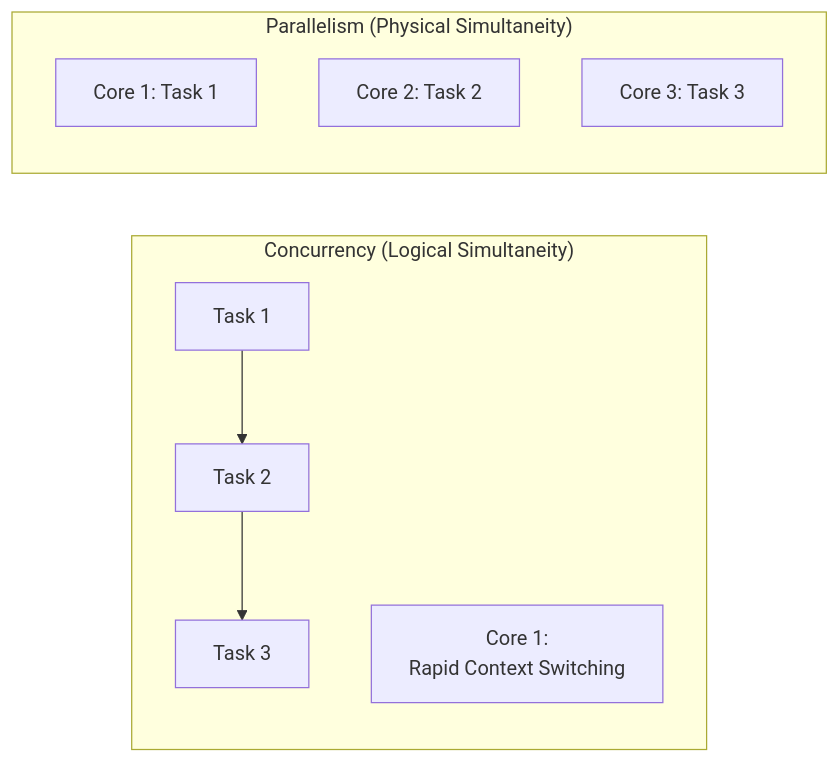
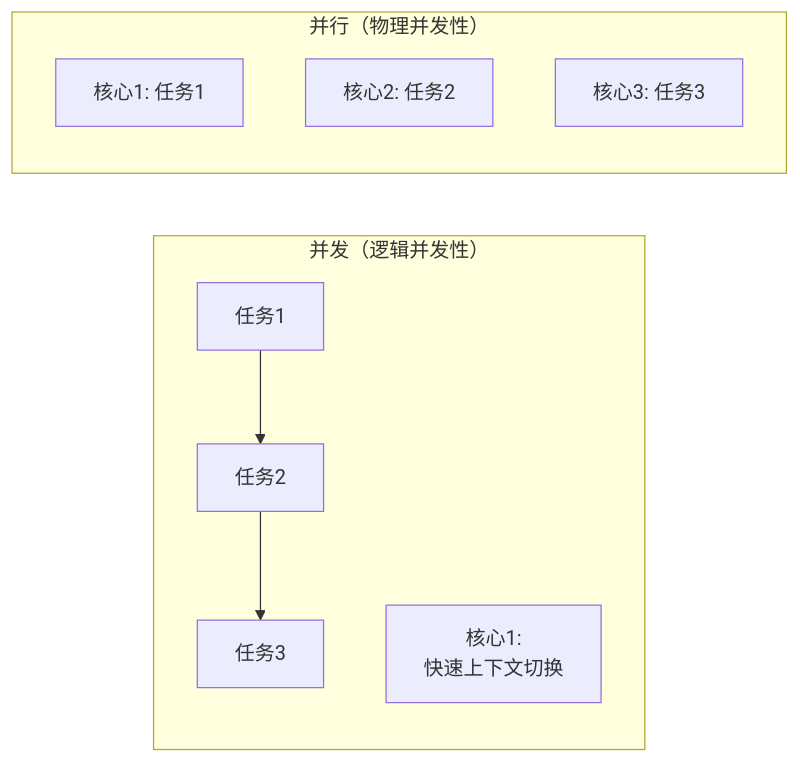
Before and after one commit to YiWang24/AiDIY: the first of 8 diagrams in i18n/zh-Hans/docusaurus-plugin-content-docs/current/engineering/backend/concurrency.md, drawn with Mermaid. The commit also changed other lines of this file and 26 other files, not shown here.

````diff
--- a/i18n/zh-Hans/docusaurus-plugin-content-docs/current/engineering/backend/concurrency.md
+++ b/i18n/zh-Hans/docusaurus-plugin-content-docs/current/engineering/backend/concurrency.md
@@ -25,13 +25,13 @@
 ```mermaid
 flowchart LR
-    subgraph Concurrency["Concurrency (Logical Simultaneity)"]
-        A[Task 1] --> B[Task 2] --> C[Task 3]
-        D["Core 1: <br/>Rapid Context Switching"]
+    subgraph Concurrency["并发（逻辑并发性）"]
+        A[任务1] --> B[任务2] --> C[任务3]
+        D["核心1: <br/>快速上下文切换"]
     end
 
-    subgraph Parallelism["Parallelism (Physical Simultaneity)"]
-        E["Core 1: Task 1"]
-        F["Core 2: Task 2"]
-        G["Core 3: Task 3"]
+    subgraph Parallelism["并行（物理并发性）"]
+        E["核心1: 任务1"]
+        F["核心2: 任务2"]
+        G["核心3: 任务3"]
     end
 ```
````
